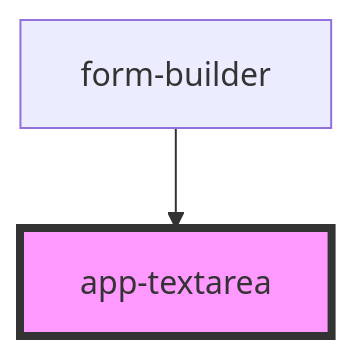
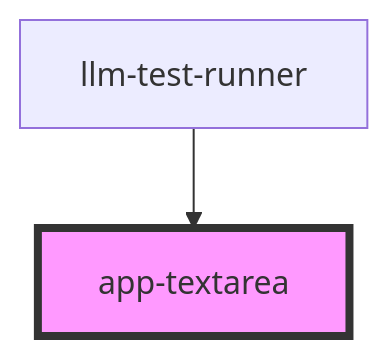
One commit to FluxonApps/llm-testrunner-lib changed the diagram in src/lib/form/components/readme.md. Above: the diagram before and after it, drawn with Mermaid. The commit also changed other lines of this file and 25 other files, not shown here.

Commit message:
New expectedOutcome object with schema validation

````diff
--- a/src/lib/form/components/readme.md
+++ b/src/lib/form/components/readme.md
@@ -31,5 +30,5 @@
 ```mermaid
 graph TD;
-  form-builder --> app-textarea
+  llm-test-runner --> app-textarea
   style app-textarea fill:#f9f,stroke:#333,stroke-width:4px
 ```
````
